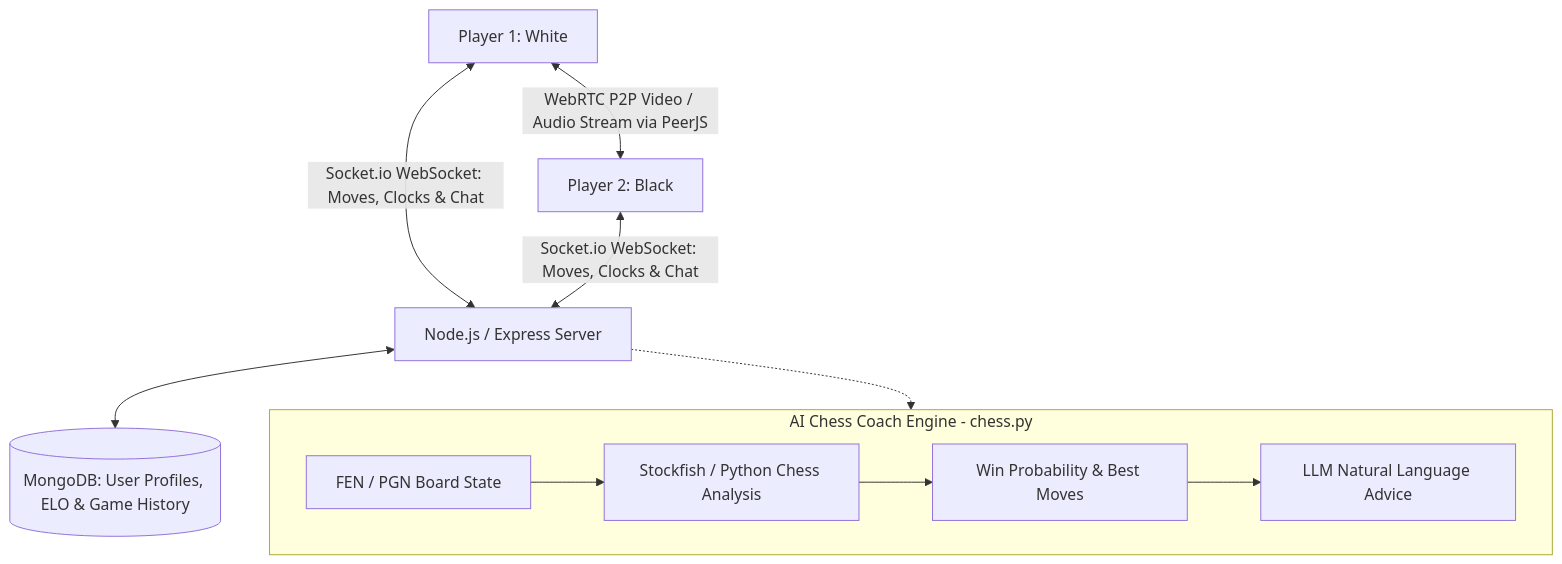
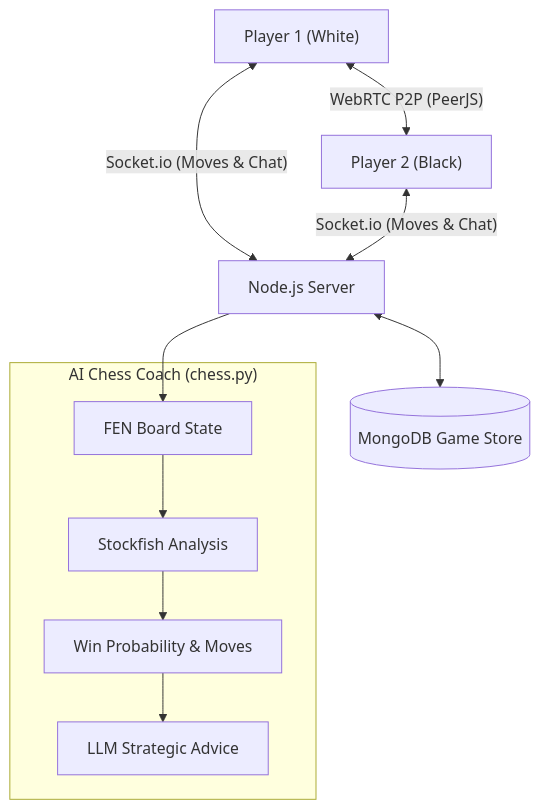
The diagram in content/projects/chess.md (nagarajpoojari404/opennotes), drawn with Mermaid before and after one commit. The commit also changed 3 other files, not shown here.

````diff
--- a/content/projects/chess.md
+++ b/content/projects/chess.md
@@ -18,17 +18,17 @@
 ```mermaid
 flowchart TD
-    PlayerA[Player 1: White] <-->|WebRTC P2P Video / Audio Stream via PeerJS| PlayerB[Player 2: Black]
+    PlayerA["Player 1 (White)"] <-->|"WebRTC P2P (PeerJS)"| PlayerB["Player 2 (Black)"]
     
-    PlayerA <-->|Socket.io WebSocket: Moves, Clocks & Chat| Server[Node.js / Express Server]
-    PlayerB <-->|Socket.io WebSocket: Moves, Clocks & Chat| Server
+    PlayerA <-->|"Socket.io (Moves & Chat)"| Server["Node.js Server"]
+    PlayerB <-->|"Socket.io (Moves & Chat)"| Server
     
-    Server <--> Mongo[(MongoDB: User Profiles, ELO & Game History)]
+    Server <--> Mongo[("MongoDB Game Store")]
     
-    subgraph Coach [AI Chess Coach Engine - chess.py]
-        BoardState[FEN / PGN Board State] --> Engine[Stockfish / Python Chess Analysis]
-        Engine --> Evaluation[Win Probability & Best Moves]
-        Evaluation --> Explanation[LLM Natural Language Advice]
+    subgraph Coach["AI Chess Coach (chess.py)"]
+        BoardState["FEN Board State"] --> Stockfish["Stockfish Analysis"]
+        Stockfish --> Evaluation["Win Probability & Moves"]
+        Evaluation --> Explanation["LLM Strategic Advice"]
     end
     
-    Server -.-> Coach
+    Server --> BoardState
 ```
````
